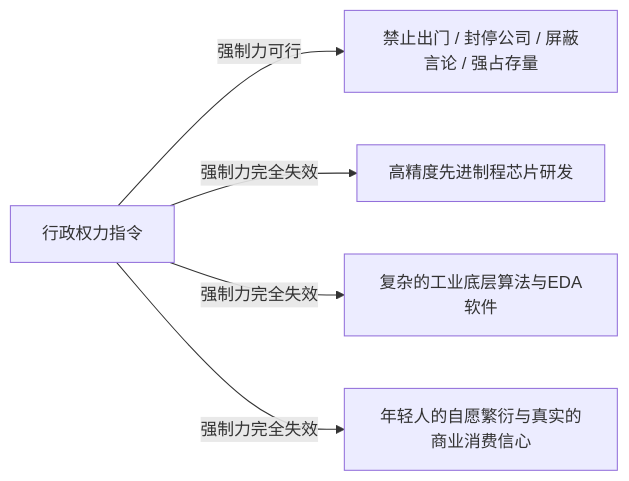
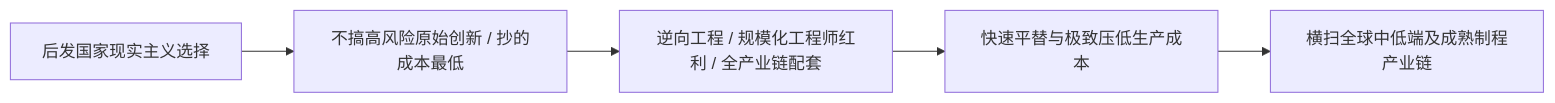
One commit to Terry-/glog changed the second of 2 diagrams in src/content/blog/Cultural Subjugation and Generational Backlash in Modern Society 2026-10-25.md. Above: the diagram before and after it, drawn with Mermaid. The commit also changed other lines of this file and 5 other files, not shown here.

````diff
--- a/src/content/blog/Cultural Subjugation and Generational Backlash in Modern Society 2026-10-25.md
+++ b/src/content/blog/Cultural Subjugation and Generational Backlash in Modern Society 2026-10-25.md
@@ -116,7 +74,7 @@
 ```mermaid
-graph LR
-    A["行政权力指令"] -->|强制力可行| B["禁止出门 / 封停公司 / 屏蔽言论 / 强占存量"]
-    A -->|强制力完全失效| C["高精度先进制程芯片研发"]
-    A -->|强制力完全失效| D["复杂的工业底层算法与EDA软件"]
-    A -->|强制力完全失效| E["年轻人的自愿繁衍与真实的商业消费信心"]
+flowchart LR
+    A["后发国家现实主义选择"] --> B["不搞高风险原始创新 / 抄的成本最低"]
+    B --> C["逆向工程 / 规模化工程师红利 / 全产业链配套"]
+    C --> D["快速平替与极致压低生产成本"]
+    D --> E["横扫全球中低端及成熟制程产业链"]
 ```
````
